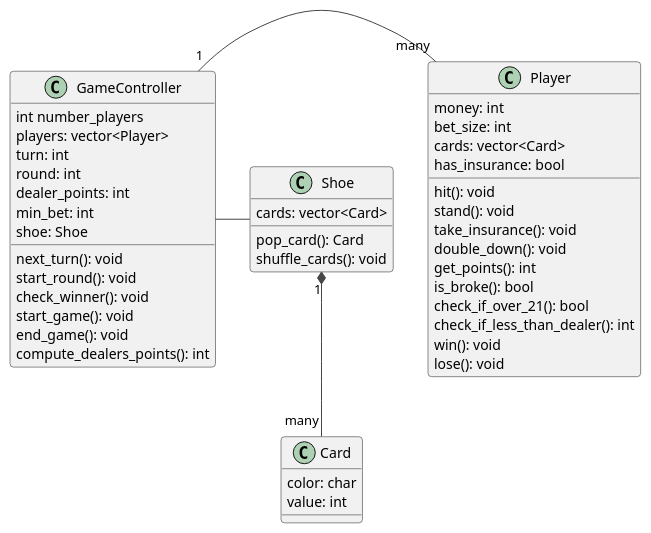
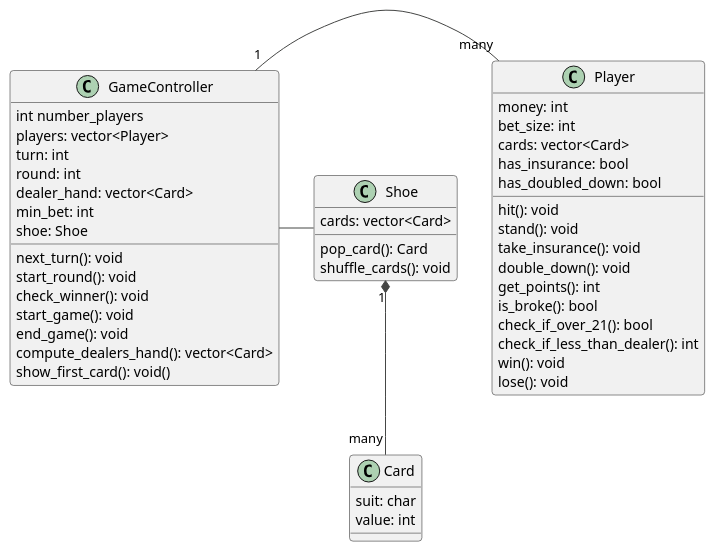
Before and after one commit to luca-commits/blackjack: the diagram in sds/general.puml, drawn with PlantUML.

Commit message:
added some functions & variables to be consistent with document

```diff
--- a/sds/general.puml
+++ b/sds/general.puml
@@ -1,55 +1,57 @@
 @startuml
 ' !theme plain
 !theme vibrant
 
 class Player {
   money: int
   bet_size: int
   cards: vector<Card> 
   hit(): void
   stand(): void
   take_insurance(): void
   double_down(): void
   has_insurance: bool
+  has_doubled_down: bool
   get_points(): int
   is_broke(): bool
   check_if_over_21(): bool
   check_if_less_than_dealer(): int
   win(): void
   lose(): void
 }
   
 class Card {
-  color: char
+  suit: char
   value: int
 }
 
 class GameController{
   int number_players
   players: vector<Player>
   turn: int
   round: int
-  dealer_points: int
+  dealer_hand: vector<Card>
   min_bet: int
   next_turn(): void
   start_round(): void
   check_winner(): void
   start_game(): void
   end_game(): void
-  compute_dealers_points(): int
+  compute_dealers_hand(): vector<Card>
   shoe: Shoe
+  show_first_card(): void()
 }
 
 class Shoe{
   cards: vector<Card> 
   pop_card(): Card
   shuffle_cards(): void
 }
 
 Shoe "1" *-- "many" Card 
 
 
 GameController "1" - "many" Player 
 
 GameController - Shoe
 @enduml
```
